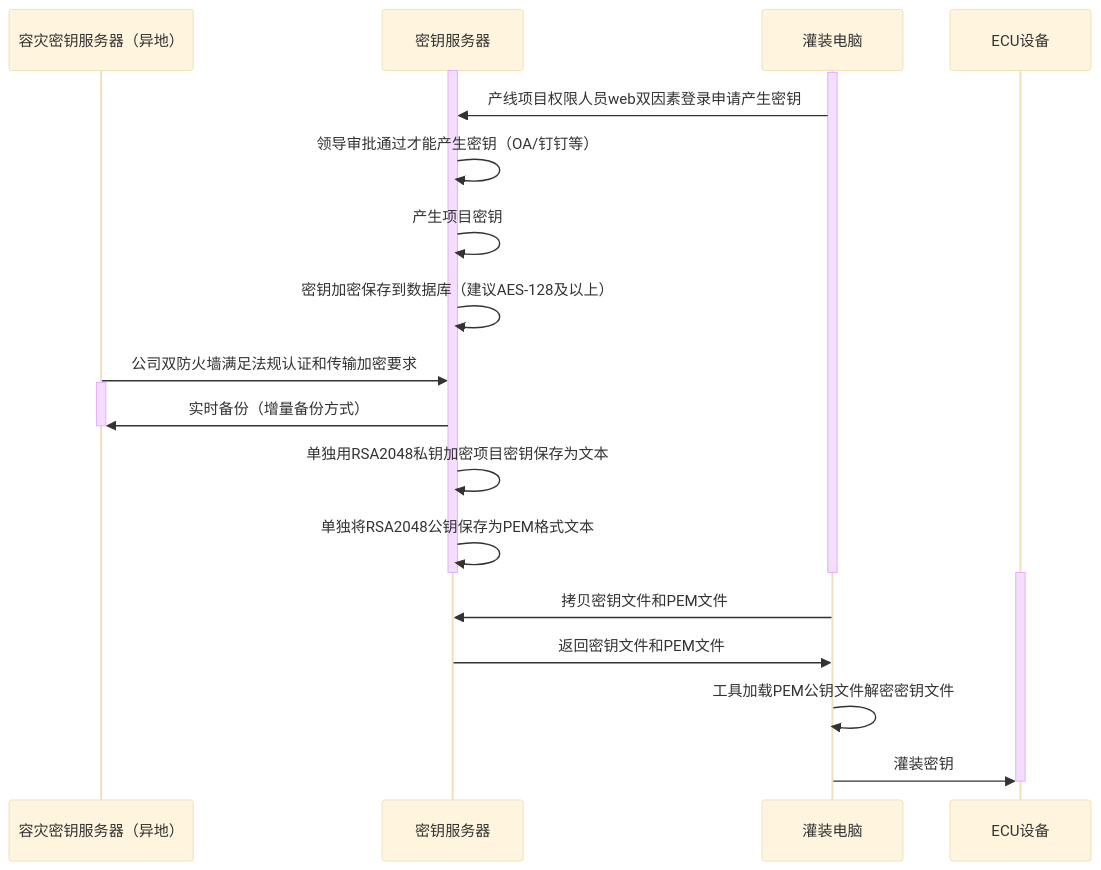
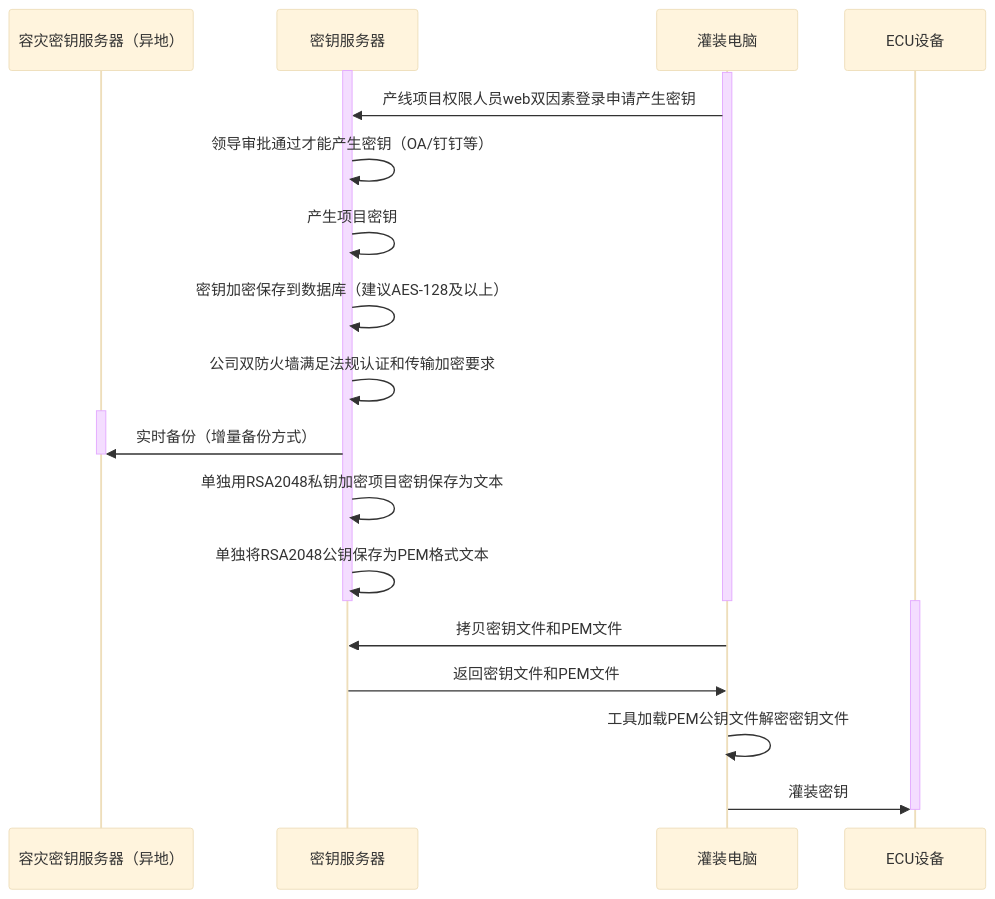
Before and after one commit to facebook-cloud/iodraw-files: the diagram in all/未命名-15.md, drawn with Mermaid (base theme).

Commit message:
2026-02-11 19:31:10 update

````diff
--- a/all/未命名-15.md
+++ b/all/未命名-15.md
@@ -1,31 +1,31 @@
 ```mermaid
 sequenceDiagram
     participant A as 容灾密钥服务器（异地）
     participant B as 密钥服务器
     participant D as 灌装电脑
     participant E as ECU设备
 
     activate B
     activate D
     D->>B: 产线项目权限人员web双因素登录申请产生密钥
     B->>B: 领导审批通过才能产生密钥（OA/钉钉等）
     B->>B: 产生项目密钥
     B->>B: 密钥加密保存到数据库（建议AES-128及以上）
-    A->>B: 公司双防火墙满足法规认证和传输加密要求
+    B->>B: 公司双防火墙满足法规认证和传输加密要求
 
     activate A
     B->>A: 实时备份（增量备份方式）
     deactivate A
     B->>B: 单独用RSA2048私钥加密项目密钥保存为文本
     B->>B: 单独将RSA2048公钥保存为PEM格式文本
     deactivate B
     deactivate D
 
     activate E
     D->>B: 拷贝密钥文件和PEM文件
     B->>D: 返回密钥文件和PEM文件
     D->>D:工具加载PEM公钥文件解密密钥文件
     D->>E: 灌装密钥
     deactivate E
 
 ```
````
